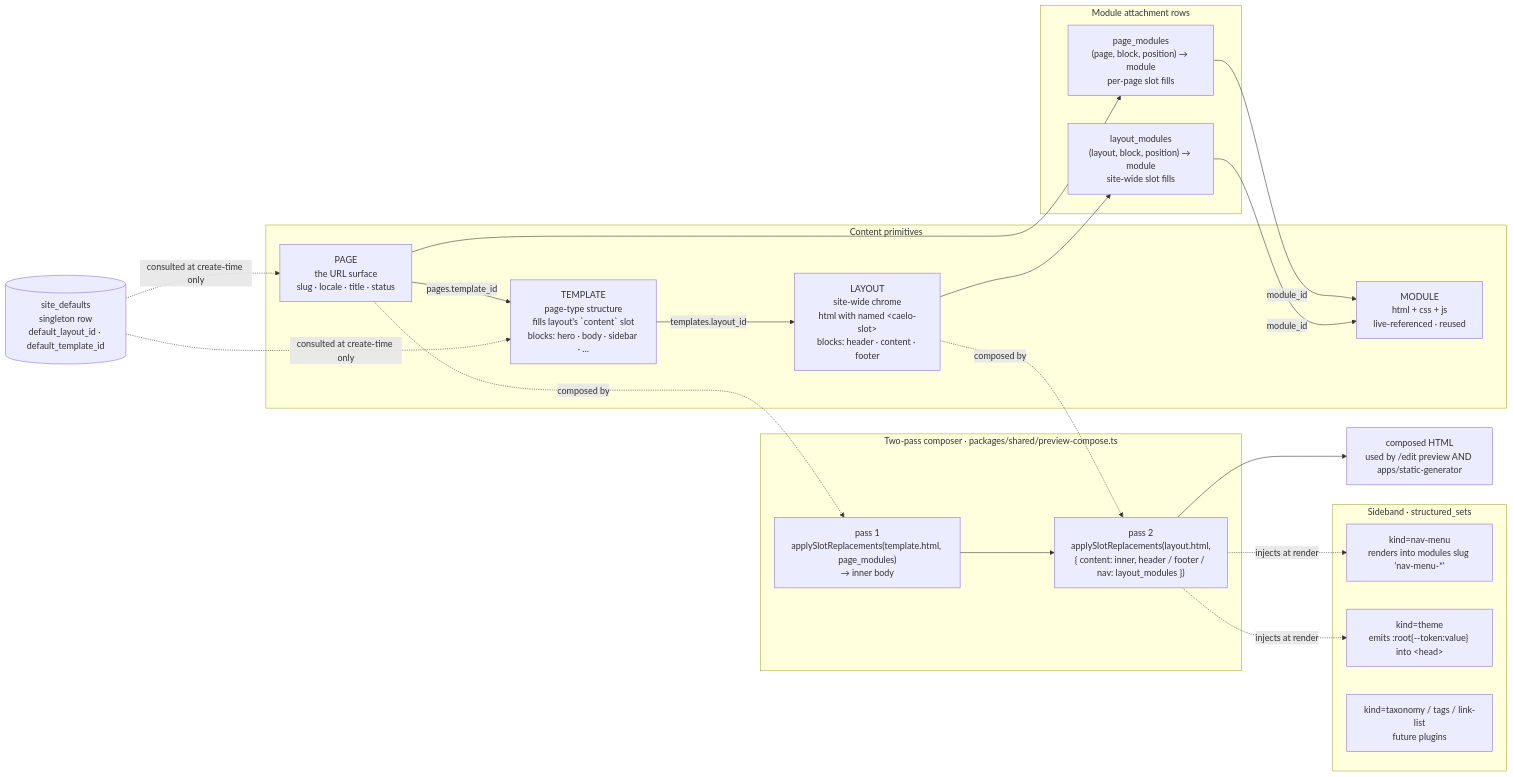
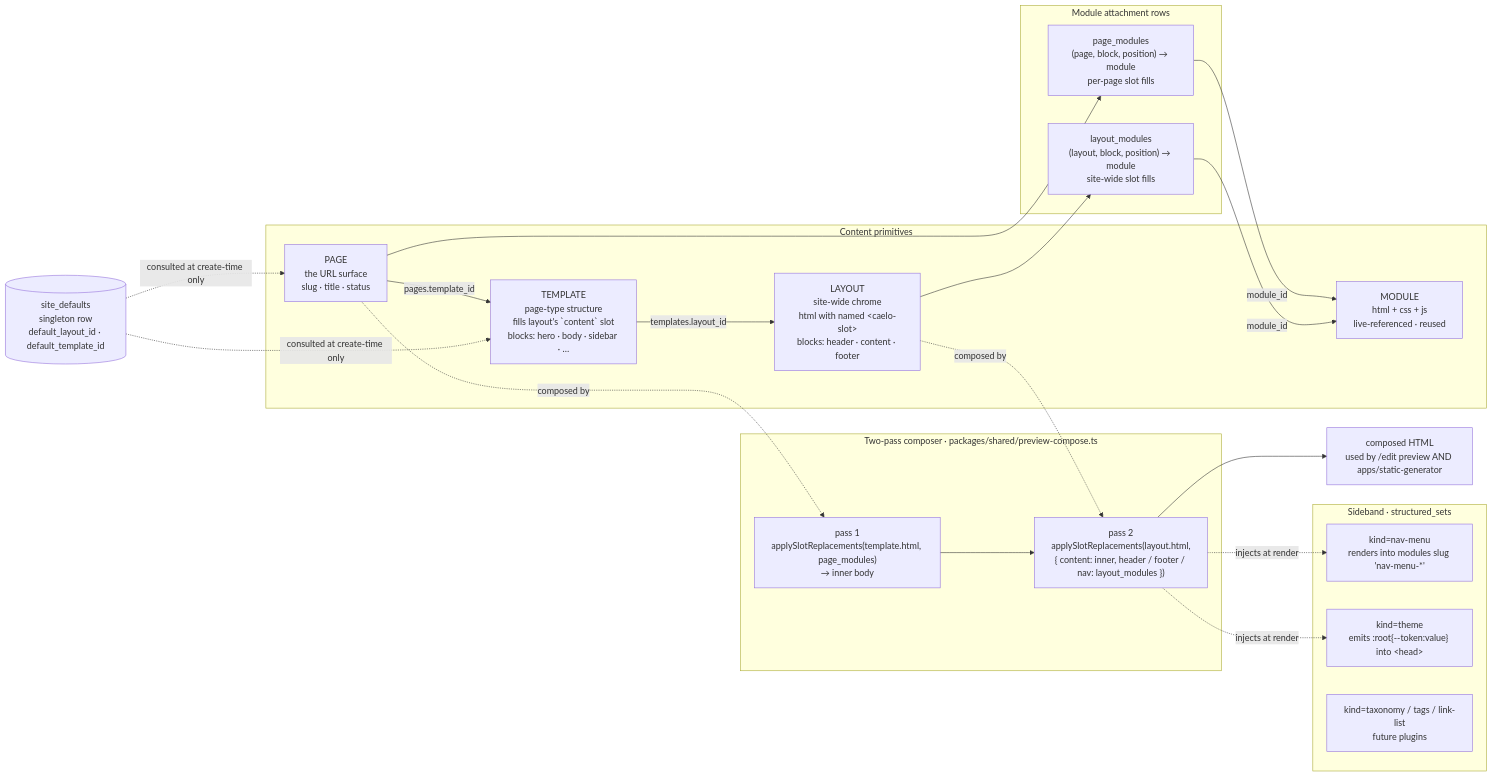
One commit to caelo-cms/caelo-cms changed the second of 4 diagrams in ARCHITECTURE.md. Above: the diagram before and after it, drawn with Mermaid. The commit also changed other lines of this file and 21 other files, not shown here.

````diff
--- a/ARCHITECTURE.md
+++ b/ARCHITECTURE.md
@@ -71,46 +71,46 @@
 ```mermaid
 flowchart LR
   subgraph primitives["Content primitives"]
     Layout["LAYOUT<br/>site-wide chrome<br/>html with named &lt;caelo-slot&gt;<br/>blocks: header · content · footer"]
     Template["TEMPLATE<br/>page-type structure<br/>fills layout's `content` slot<br/>blocks: hero · body · sidebar · …"]
-    Page["PAGE<br/>the URL surface<br/>slug · locale · title · status"]
+    Page["PAGE<br/>the URL surface<br/>slug · title · status"]
     Module["MODULE<br/>html + css + js<br/>live-referenced · reused"]
   end
 
   Template -->|templates.layout_id| Layout
   Page -->|pages.template_id| Template
 
   subgraph attachments["Module attachment rows"]
     PageModules["page_modules<br/>(page, block, position) → module<br/>per-page slot fills"]
     LayoutModules["layout_modules<br/>(layout, block, position) → module<br/>site-wide slot fills"]
   end
 
   Page --> PageModules
   Layout --> LayoutModules
   PageModules -->|module_id| Module
   LayoutModules -->|module_id| Module
 
   subgraph composer["Two-pass composer · packages/shared/preview-compose.ts"]
     Pass1["pass 1<br/>applySlotReplacements(template.html, page_modules)<br/>→ inner body"]
     Pass2["pass 2<br/>applySlotReplacements(layout.html,<br/>{ content: inner, header / footer / nav: layout_modules })"]
     Pass1 --> Pass2
   end
 
   Page -. composed by .-> Pass1
   Layout -. composed by .-> Pass2
 
   subgraph sideband["Sideband · structured_sets"]
     NavMenu["kind=nav-menu<br/>renders into modules slug 'nav-menu-*'"]
     Theme["kind=theme<br/>emits :root{--token:value} into &lt;head&gt;"]
     Tags["kind=taxonomy / tags / link-list<br/>future plugins"]
   end
 
   Pass2 -. injects at render .-> NavMenu
   Pass2 -. injects at render .-> Theme
 
   Pass2 --> Output["composed HTML<br/>used by /edit preview AND apps/static-generator"]
 
   SiteDefaults[("site_defaults<br/>singleton row<br/>default_layout_id · default_template_id")]
   SiteDefaults -. consulted at create-time only .-> Page
   SiteDefaults -. consulted at create-time only .-> Template
 ```
````
